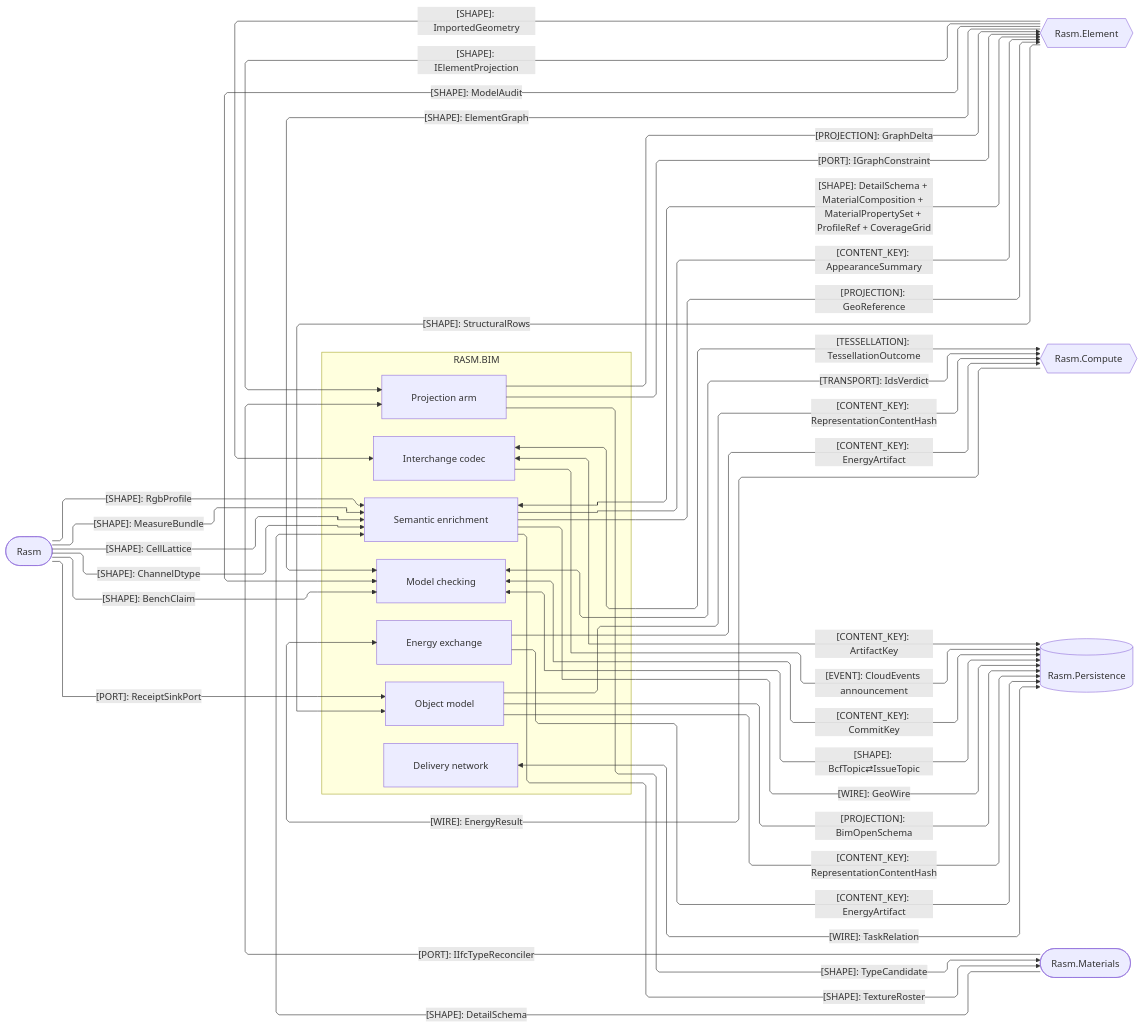
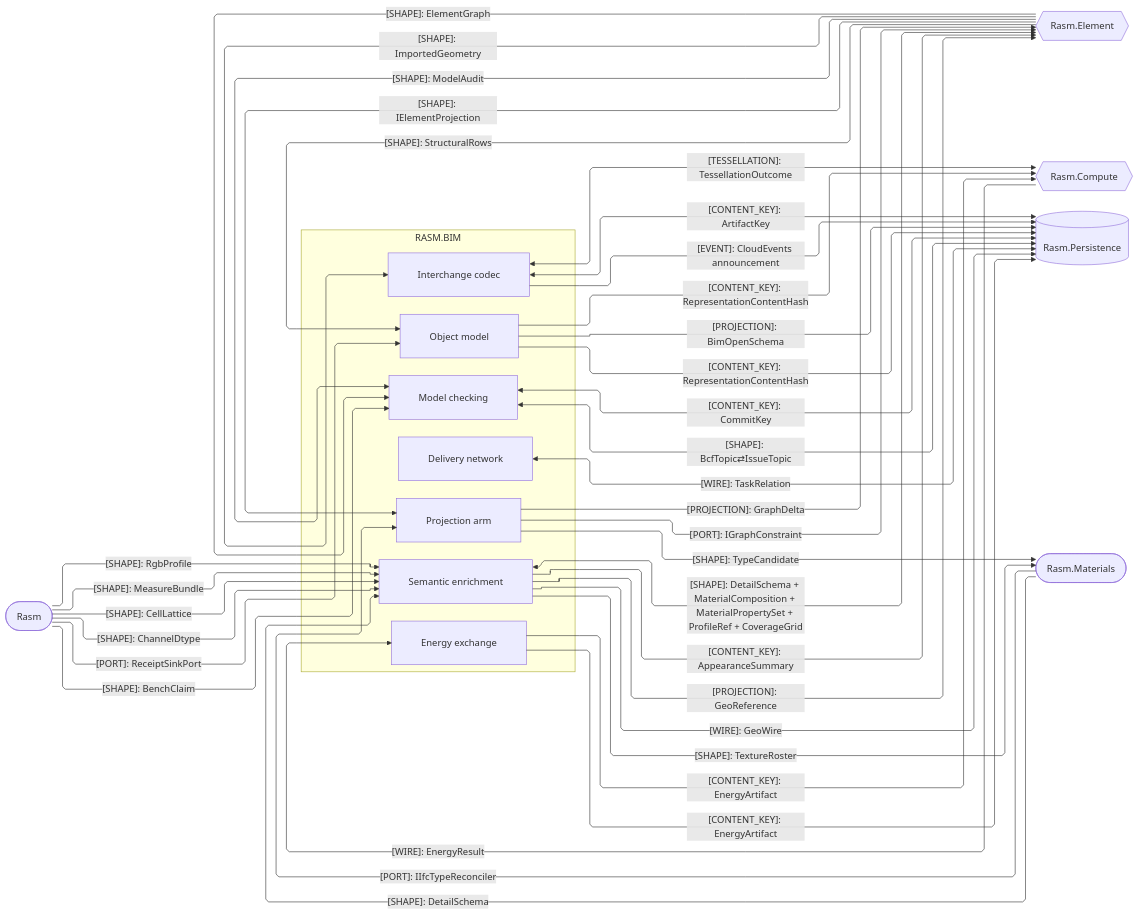
One commit to bsamiee/Rasm changed the second of 4 diagrams in libs/csharp/Rasm.Bim/ARCHITECTURE.md. Above: the diagram before and after it, drawn with Mermaid. The commit also changed other lines of this file and 820 other files, not shown here.

````diff
--- a/libs/csharp/Rasm.Bim/ARCHITECTURE.md
+++ b/libs/csharp/Rasm.Bim/ARCHITECTURE.md
@@ -135,60 +135,59 @@
 ```mermaid
 ---
 config:
   layout: elk
   flowchart:
     curve: linear
     padding: 25
 ---
 flowchart LR
     accTitle: Bim same-branch domain and storage seams
     accDescr: Bim sub-domain owners exchanging projections, content keys, and tessellation with the same-branch AEC peers and the durable store.
     subgraph bim[RASM.BIM]
         Projection[Projection arm]
         Model[Object model]
         Semantics[Semantic enrichment]
         Exchange[Interchange codec]
         Review[Model checking]
         Energy[Energy exchange]
         Planning[Delivery network]
     end
     Element{{Rasm.Element}}
     Compute{{Rasm.Compute}}
     Persistence[(Rasm.Persistence)]
     Materials([Rasm.Materials])
     Rasm([Rasm])
     Element e1@-->|"[SHAPE]: IElementProjection"| Projection
     Projection e2@-->|"[PROJECTION]: GraphDelta"| Element
     Projection e3@-->|"[PORT]: IGraphConstraint"| Element
     Element e4@-->|"[SHAPE]: ImportedGeometry"| Exchange
     Element e5@-->|"[SHAPE]: ElementGraph"| Review
     Semantics e6@<-->|"[SHAPE]: DetailSchema + MaterialComposition + MaterialPropertySet + ProfileRef + CoverageGrid"| Element
     Semantics e7@-->|"[CONTENT_KEY]: AppearanceSummary"| Element
     Semantics e8@-->|"[PROJECTION]: GeoReference"| Element
     Element e9@-->|"[SHAPE]: StructuralRows"| Model
     Element e10@-->|"[SHAPE]: ModelAudit"| Review
     Materials e11@-->|"[PORT]: IIfcTypeReconciler"| Projection
     Projection e12@-->|"[SHAPE]: TypeCandidate"| Materials
     Semantics e13@-->|"[SHAPE]: TextureRoster"| Materials
     Materials e14@-->|"[SHAPE]: DetailSchema"| Semantics
     Rasm e15@-->|"[SHAPE]: MeasureBundle"| Semantics
     Rasm e16@-->|"[SHAPE]: CellLattice"| Semantics
     Rasm e17@-->|"[SHAPE]: ChannelDtype"| Semantics
     Rasm e18@-->|"[SHAPE]: RgbProfile"| Semantics
     Rasm e19@-->|"[SHAPE]: BenchClaim"| Review
     Rasm e20@-->|"[PORT]: ReceiptSinkPort"| Model
     Model e21@-->|"[CONTENT_KEY]: RepresentationContentHash"| Compute
     Exchange e22@<-->|"[TESSELLATION]: TessellationOutcome"| Compute
-    Review e23@<-->|"[TRANSPORT]: IdsVerdict"| Compute
     Energy e24@-->|"[CONTENT_KEY]: EnergyArtifact"| Compute
     Compute e25@-->|"[WIRE]: EnergyResult"| Energy
     Model e26@-->|"[PROJECTION]: BimOpenSchema"| Persistence
     Model e27@-->|"[CONTENT_KEY]: RepresentationContentHash"| Persistence
     Exchange e28@<-->|"[CONTENT_KEY]: ArtifactKey"| Persistence
     Exchange e29@-->|"[EVENT]: CloudEvents announcement"| Persistence
     Review e30@<-->|"[CONTENT_KEY]: CommitKey"| Persistence
     Review e31@<-->|"[SHAPE]: BcfTopic⇄IssueTopic"| Persistence
     Energy e32@-->|"[CONTENT_KEY]: EnergyArtifact"| Persistence
     Planning e33@<-->|"[WIRE]: TaskRelation"| Persistence
     Semantics e34@-->|"[WIRE]: GeoWire"| Persistence
 ```
````
